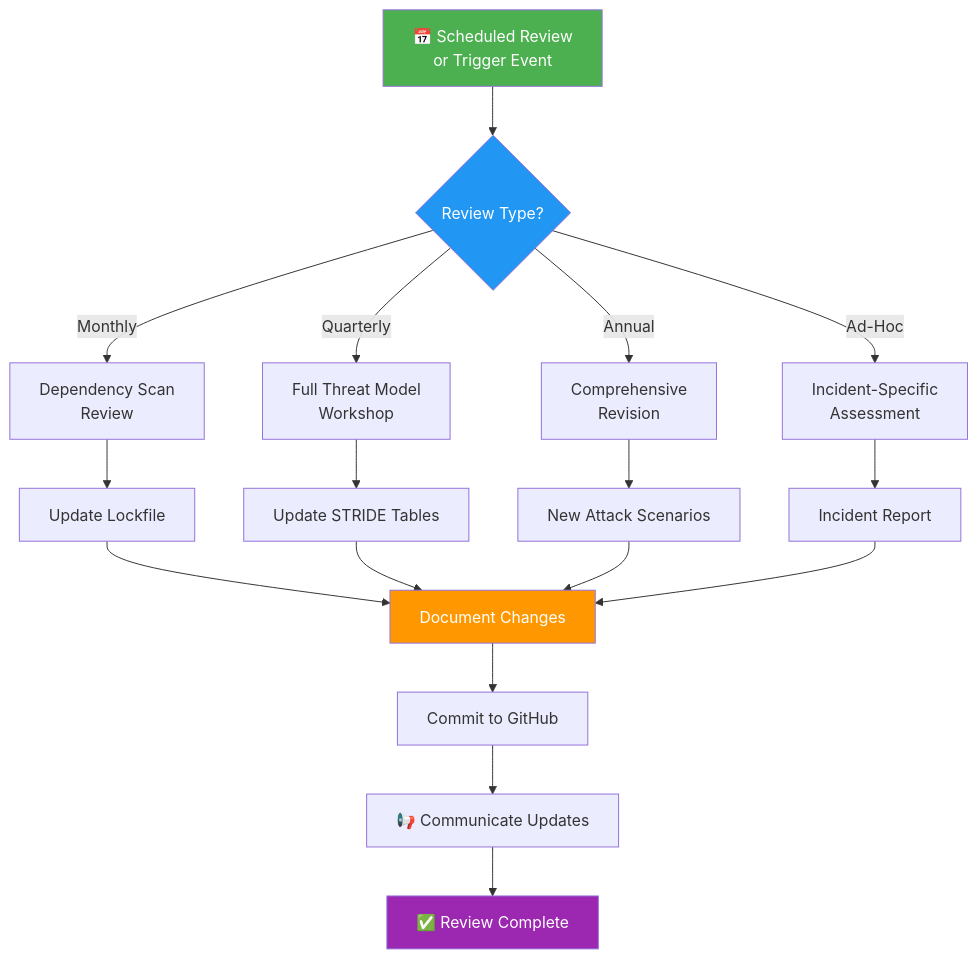
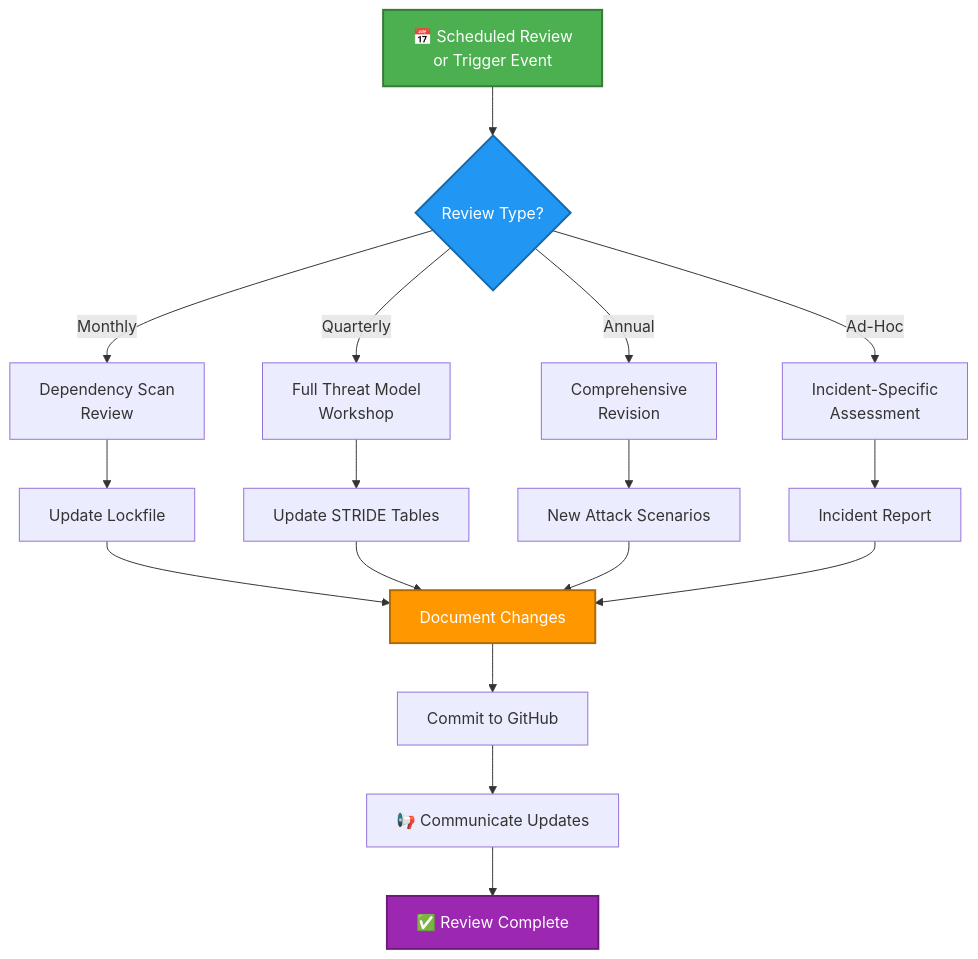
One commit to Hack23/European-Parliament-MCP-Server changed diagram 13 of 21 in THREAT_MODEL.md. Above: the diagram before and after it, drawn with Mermaid. The commit also changed other lines of this file and 17 other files, not shown here.

````diff
--- a/THREAT_MODEL.md
+++ b/THREAT_MODEL.md
@@ -1217,31 +1285,35 @@
 ```mermaid
 graph TD
     A[📅 Scheduled Review<br/>or Trigger Event] --> B{Review Type?}
     B -->|Monthly| C[Dependency Scan<br/>Review]
     B -->|Quarterly| D[Full Threat Model<br/>Workshop]
     B -->|Annual| E[Comprehensive<br/>Revision]
     B -->|Ad-Hoc| F[Incident-Specific<br/>Assessment]
     
     C --> G[Update Lockfile]
     D --> H[Update STRIDE Tables]
     E --> I[New Attack Scenarios]
     F --> J[Incident Report]
     
     G --> K[Document Changes]
     H --> K
     I --> K
     J --> K
     
     K --> L[Commit to GitHub]
     L --> M[📢 Communicate Updates]
     M --> N[✅ Review Complete]
     
-    style A fill:#4CAF50,color:#ffffff
+    style A fill:#4CAF50,stroke:#357a38,stroke-width:2px,color:#ffffff
 
-    style B fill:#2196F3,color:#ffffff
 
-    style K fill:#FF9800,color:#ffffff
+    style B fill:#2196F3,stroke:#1769aa,stroke-width:2px,color:#ffffff
 
-    style N fill:#9C27B0,color:#ffffff
+
+    style K fill:#FF9800,stroke:#b26a00,stroke-width:2px,color:#ffffff
+
+
+    style N fill:#9C27B0,stroke:#6d1b7b,stroke-width:2px,color:#ffffff
+
 
 ```
````
